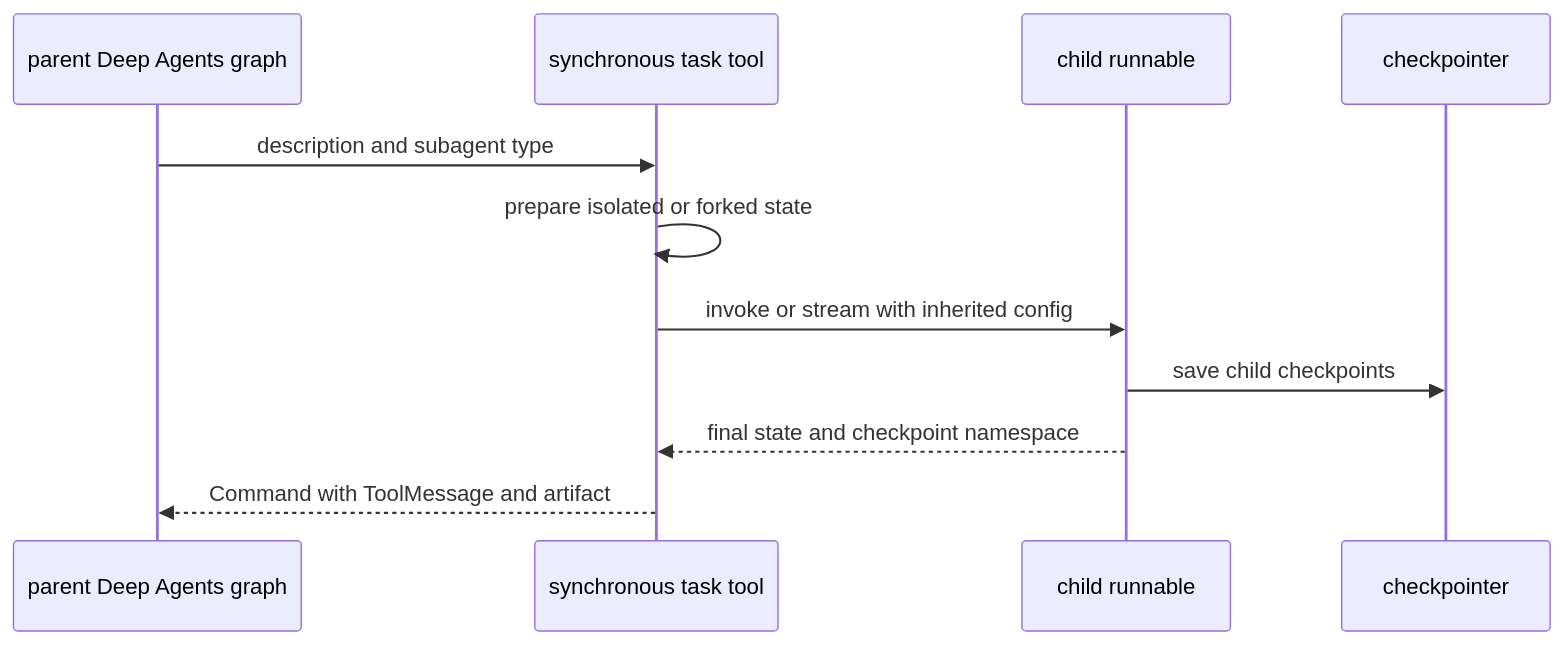
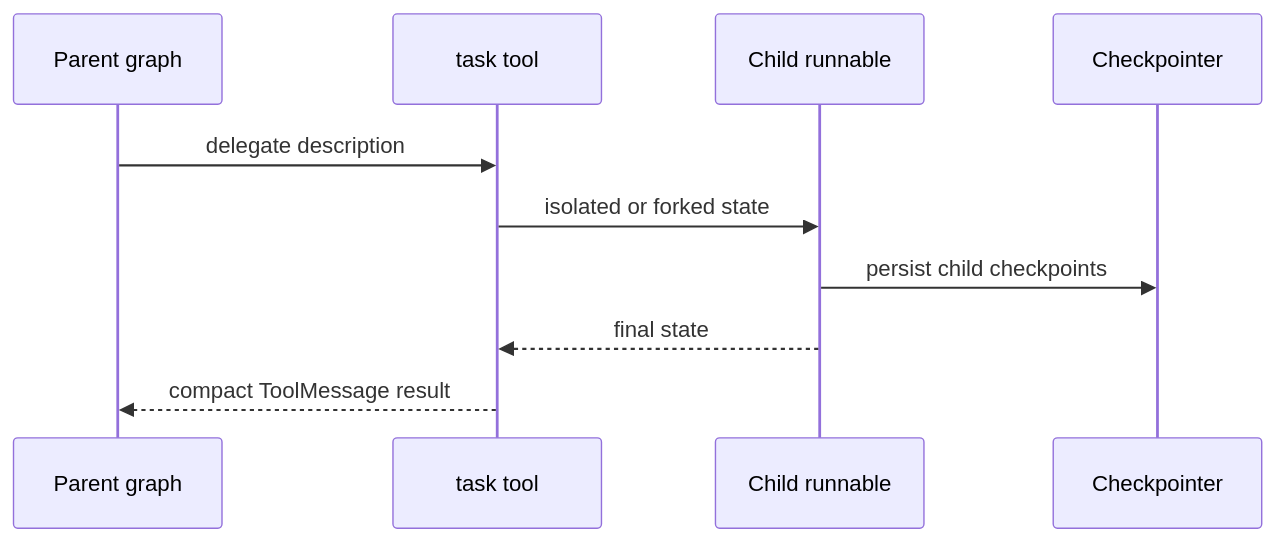
One commit to langchain-ai/deepagents changed the second of 4 diagrams in openwiki/architecture/runtime-behavior.md. Above: the diagram before and after it, drawn with Mermaid. The commit also changed other lines of this file and 35 other files, not shown here.

````diff
--- a/openwiki/architecture/runtime-behavior.md
+++ b/openwiki/architecture/runtime-behavior.md
@@ -65,13 +80,12 @@
 ```mermaid
 sequenceDiagram
-    participant Parent as parent Deep Agents graph
-    participant Task as synchronous task tool
-    participant Child as child runnable
-    participant Store as checkpointer
-    Parent->>Task: description and subagent type
-    Task->>Task: prepare isolated or forked state
-    Task->>Child: invoke or stream with inherited config
-    Child->>Store: save child checkpoints
-    Child-->>Task: final state and checkpoint namespace
-    Task-->>Parent: Command with ToolMessage and artifact
+    participant Parent as Parent graph
+    participant Task as task tool
+    participant Child as Child runnable
+    participant Store as Checkpointer
+    Parent->>Task: delegate description
+    Task->>Child: isolated or forked state
+    Child->>Store: persist child checkpoints
+    Child-->>Task: final state
+    Task-->>Parent: compact ToolMessage result
 ```
````
